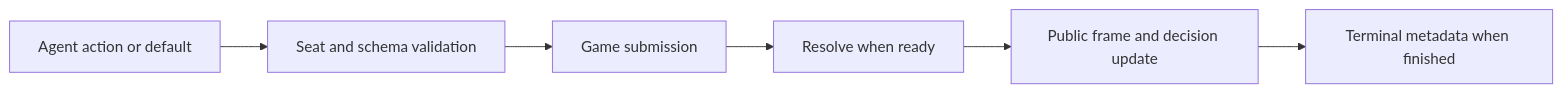
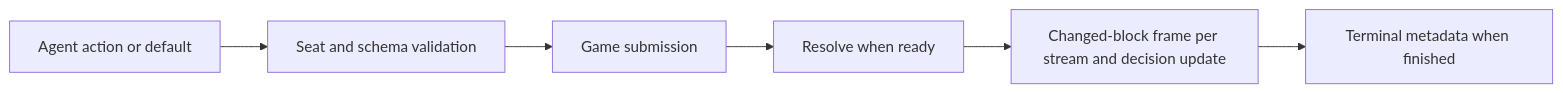
The diagram in ARCHITECTURE.md (p4stoboy/benchboss), drawn with Mermaid before and after one commit. The commit also changed other lines of this file and 15 other files, not shown here.

````diff
--- a/ARCHITECTURE.md
+++ b/ARCHITECTURE.md
@@ -141,8 +157,8 @@
 ```mermaid
 flowchart LR
   command[Agent action or default] --> validate[Seat and schema validation]
   validate --> submit[Game submission]
   submit --> resolve[Resolve when ready]
-  resolve --> frame[Public frame and decision update]
+  resolve --> frame[Changed-block frame per stream and decision update]
   frame --> terminal[Terminal metadata when finished]
 ```
````
